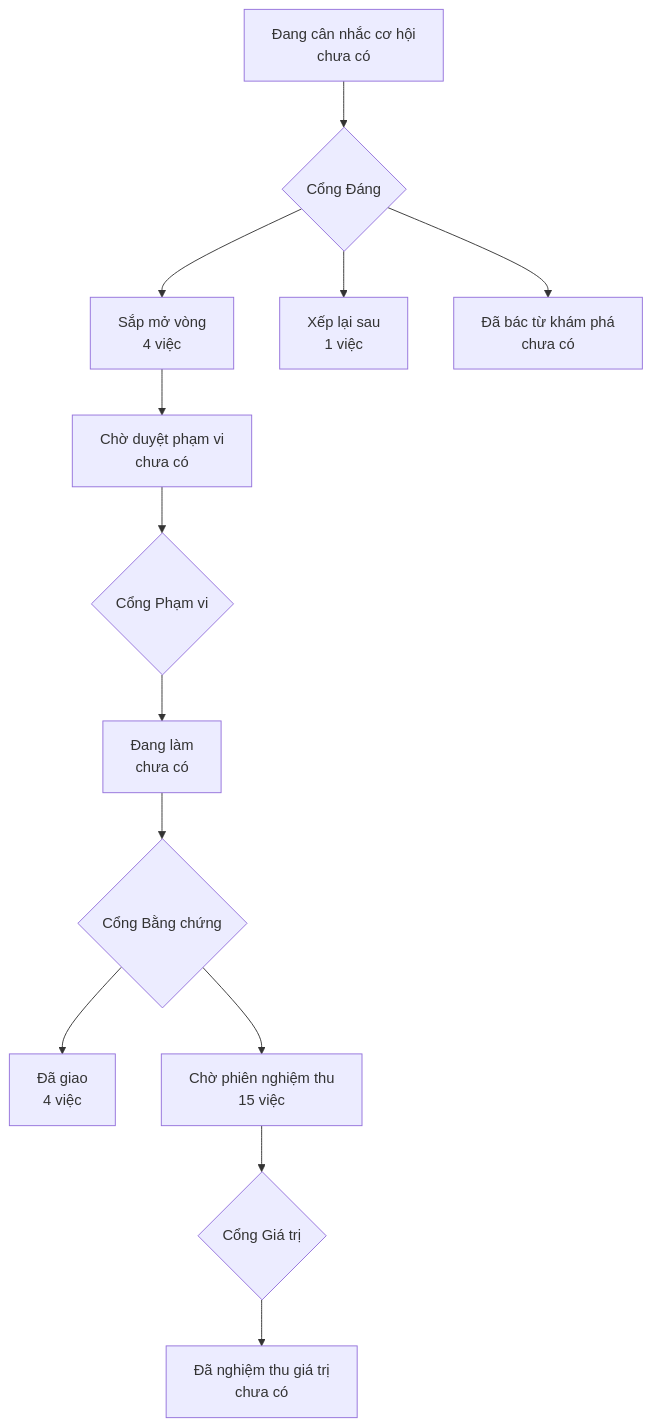
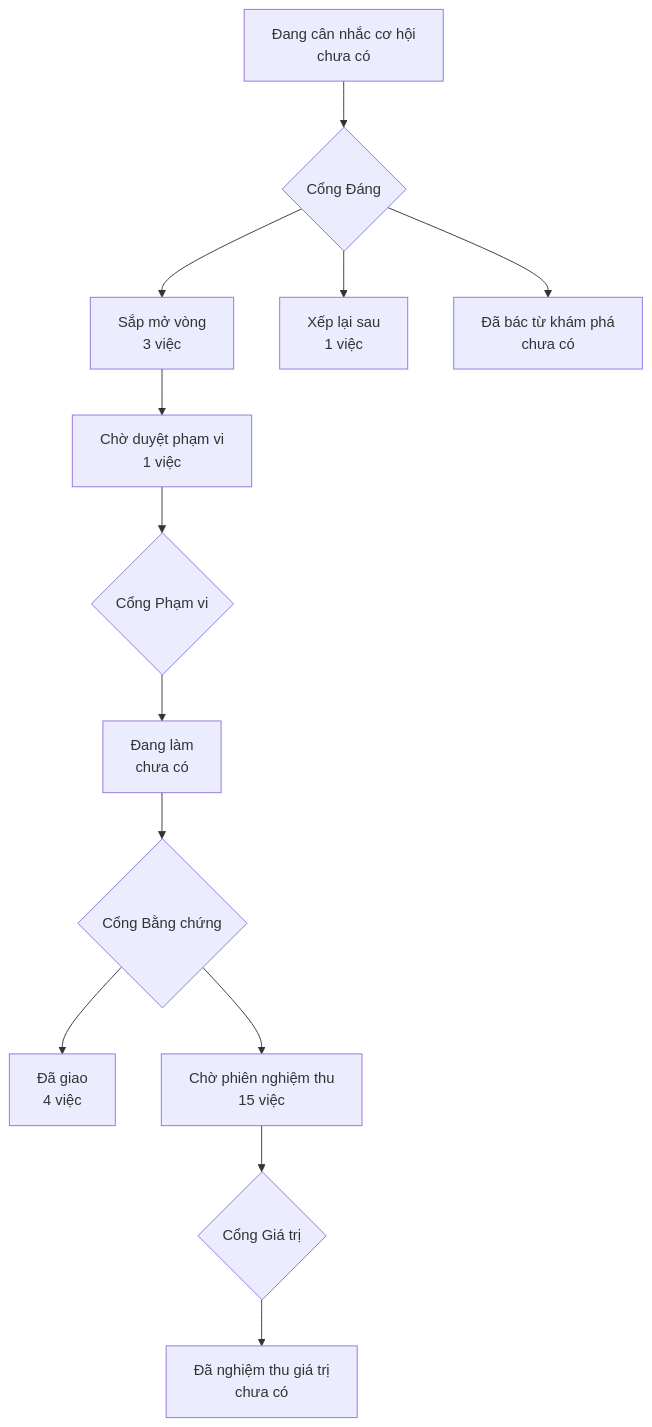
Before and after one commit to phanlemanh/onehub-quy-hang: the diagram in PRODUCT-MAP.md, drawn with Mermaid. The commit also changed other lines of this file and 14 other files, not shown here.

First line of the commit message:
feat(vong-giao-dien-qua-ban-do): thiết kế, hợp đồng, bộ kiểm — Cổng Phạm vi

````diff
--- a/PRODUCT-MAP.md
+++ b/PRODUCT-MAP.md
@@ -7,12 +7,12 @@
 ```mermaid
 flowchart TD
   A["Đang cân nhắc cơ hội<br/>chưa có"] --> GD{"Cổng Đáng"}
-  GD --> B["Sắp mở vòng<br/>4 việc"]
+  GD --> B["Sắp mở vòng<br/>3 việc"]
   GD --> XL["Xếp lại sau<br/>1 việc"]
   GD --> DB["Đã bác từ khám phá<br/>chưa có"]
-  B --> CD["Chờ duyệt phạm vi<br/>chưa có"] --> GP{"Cổng Phạm vi"}
+  B --> CD["Chờ duyệt phạm vi<br/>1 việc"] --> GP{"Cổng Phạm vi"}
   GP --> DL["Đang làm<br/>chưa có"] --> GB{"Cổng Bằng chứng"}
   GB --> DG["Đã giao<br/>4 việc"]
   GB --> CN["Chờ phiên nghiệm thu<br/>15 việc"] --> GG{"Cổng Giá trị"}
   GG --> NT["Đã nghiệm thu giá trị<br/>chưa có"]
 ```
````
